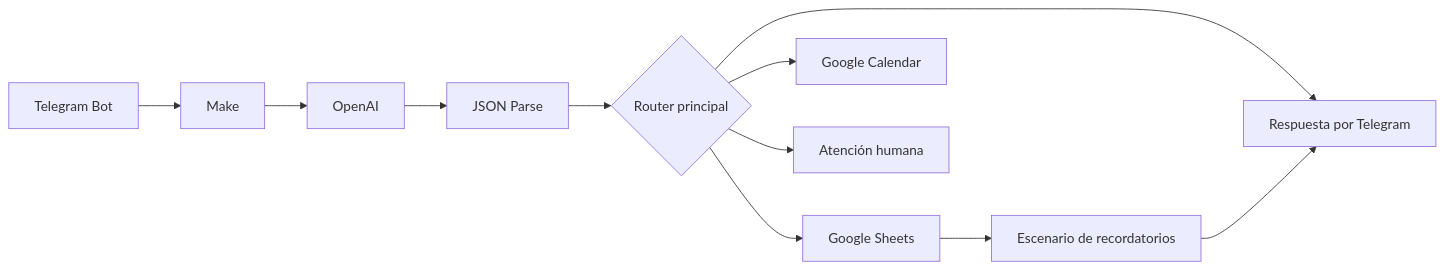
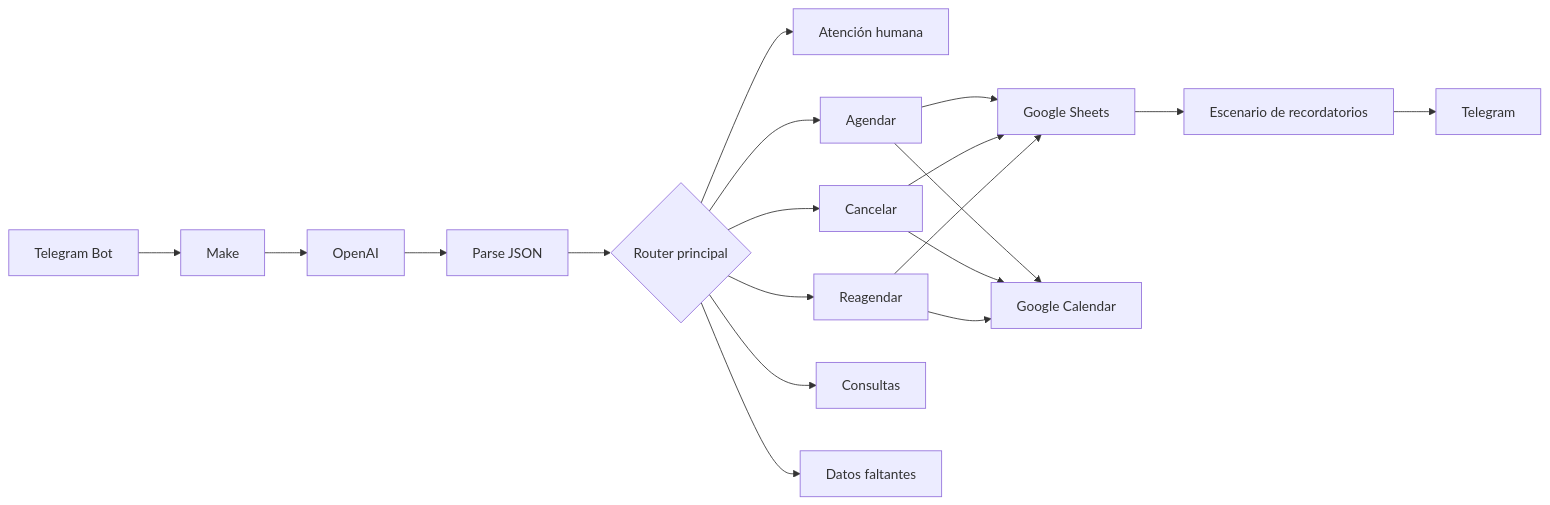
Before and after one commit to pablovaquerogit/medicitas-ia: the diagram in README.md, drawn with Mermaid. The commit also changed other lines of this file, not shown here.

````diff
--- a/README.md
+++ b/README.md
@@ -28,13 +33,24 @@
 ```mermaid
 flowchart LR
     A[Telegram Bot] --> B[Make]
     B --> C[OpenAI]
-    C --> D[JSON Parse]
+    C --> D[Parse JSON]
     D --> E{Router principal}
-    E --> F[Google Sheets]
-    E --> G[Google Calendar]
-    E --> H[Respuesta por Telegram]
-    E --> I[Atención humana]
-    F --> J[Escenario de recordatorios]
-    J --> H
+
+    E --> F[Atención humana]
+    E --> G[Agendar]
+    E --> H[Cancelar]
+    E --> I[Reagendar]
+    E --> J[Consultas]
+    E --> K[Datos faltantes]
+
+    G --> L[Google Sheets]
+    G --> M[Google Calendar]
+    H --> L
+    H --> M
+    I --> L
+    I --> M
+
+    L --> N[Escenario de recordatorios]
+    N --> O[Telegram]
 ```
````
